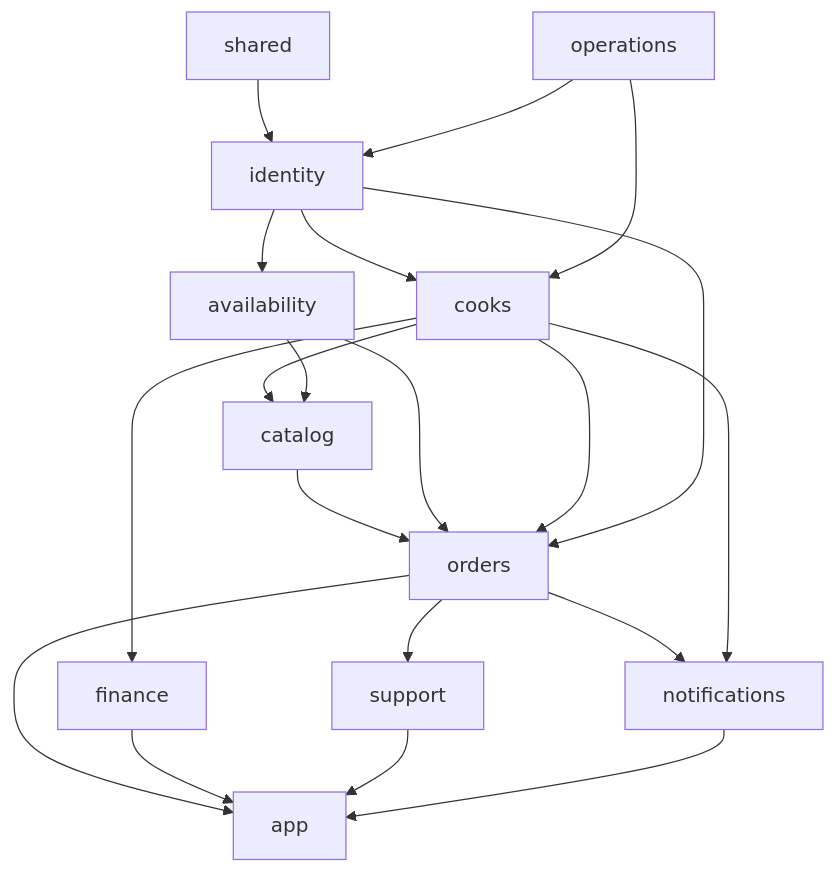
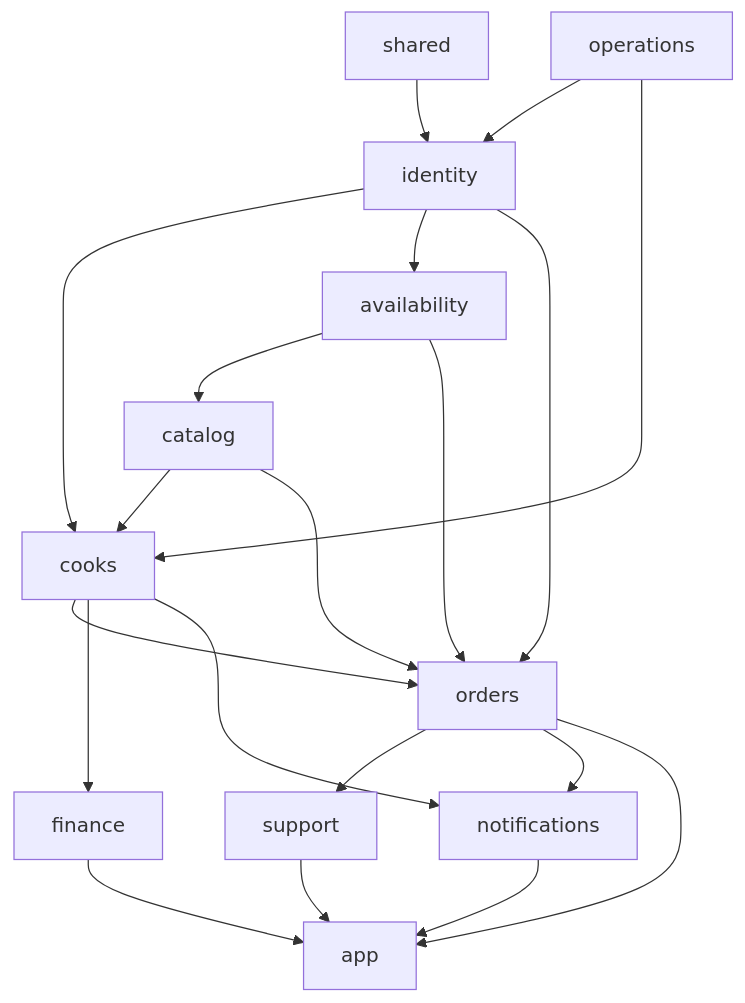
Before and after one commit to afawzy70/Matbakhy-v1: the diagram in docs/developer-handbook/04-codebase/backend-module-guide.md, drawn with Mermaid. The commit also changed 23 other files, not shown here.

````diff
--- a/docs/developer-handbook/04-codebase/backend-module-guide.md
+++ b/docs/developer-handbook/04-codebase/backend-module-guide.md
@@ -23,22 +23,22 @@
 ```mermaid
 flowchart TD
   shared --> identity
   operations --> identity
   identity --> cooks
   operations --> cooks
-  cooks --> catalog
+  catalog --> cooks
   availability --> catalog
   identity --> availability
   catalog --> orders
   availability --> orders
   cooks --> orders
   identity --> orders
   cooks --> finance
   orders --> support
   orders --> notifications
   cooks --> notifications
   orders --> app
   finance --> app
   support --> app
   notifications --> app
 ```
````
